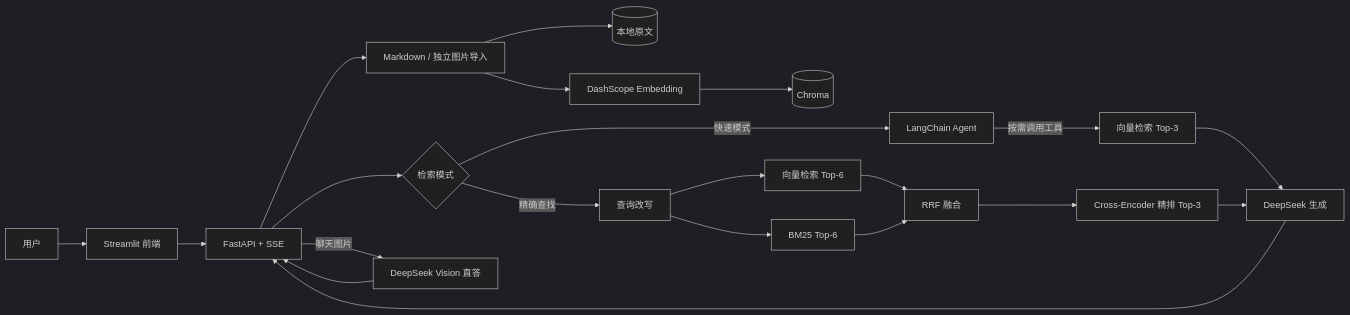
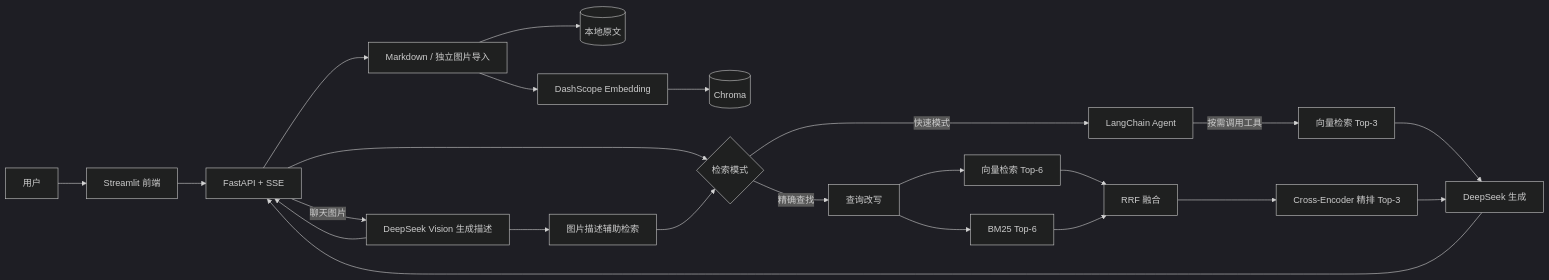
One commit to yuyuyuoo55/Personal_Notes_Review_Assistant changed the first of 2 diagrams in README.md. Above: the diagram before and after it, drawn with Mermaid (dark theme). The commit also changed other lines of this file and 9 other files, not shown here.

Commit message:
feat: 使用聊天图片辅助检索笔记

````diff
--- a/README.md
+++ b/README.md
@@ -84,27 +84,29 @@
 ```mermaid
 flowchart LR
     U[用户] --> UI[Streamlit 前端]
     UI --> API[FastAPI + SSE]
 
     API --> INGEST[Markdown / 独立图片导入]
     INGEST --> FILES[(本地原文)]
     INGEST --> EMB[DashScope Embedding]
     EMB --> CHROMA[(Chroma)]
 
     API --> MODE{检索模式}
-    API -->|聊天图片| VISION[DeepSeek Vision 直答]
+    API -->|聊天图片| VISION[DeepSeek Vision 生成描述]
+    VISION --> HINT[图片描述辅助检索]
+    HINT --> MODE
     MODE -->|快速模式| AGENT[LangChain Agent]
     AGENT -->|按需调用工具| VECTOR[向量检索 Top-3]
 
     MODE -->|精确查找| REWRITE[查询改写]
     REWRITE --> DENSE[向量检索 Top-6]
     REWRITE --> BM25[BM25 Top-6]
     DENSE --> RRF[RRF 融合]
     BM25 --> RRF
     RRF --> RERANK[Cross-Encoder 精排 Top-3]
 
     VECTOR --> LLM[DeepSeek 生成]
     RERANK --> LLM
     VISION --> API
     LLM --> API
 ```
````
